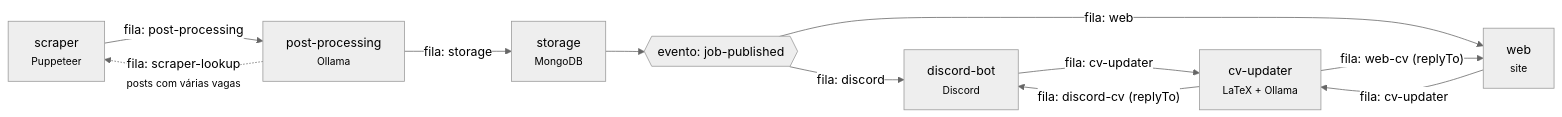
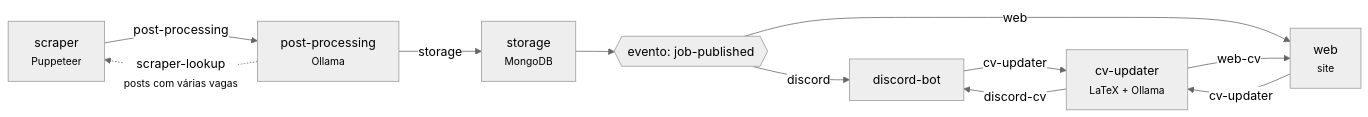
One commit to P0sseid0n/jobs-scraper changed the diagram in README.md. Above: the diagram before and after it, drawn with Mermaid (neutral theme). The commit also changed other lines of this file and 1 other file, not shown here.

First line of the commit message:
Enxuga o README e adiciona um print do site

````diff
--- a/README.md
+++ b/README.md
@@ -9,13 +27,13 @@
 ```mermaid
 flowchart LR
-	scraper["scraper<br/><small>Puppeteer</small>"] -- "fila: post-processing" --> processing["post-processing<br/><small>Ollama</small>"]
-	processing -. "fila: scraper-lookup<br/><small>posts com várias vagas</small>" .-> scraper
-	processing -- "fila: storage" --> storage["storage<br/><small>MongoDB</small>"]
+	scraper["scraper<br/><small>Puppeteer</small>"] -- "post-processing" --> processing["post-processing<br/><small>Ollama</small>"]
+	processing -. "scraper-lookup<br/><small>posts com várias vagas</small>" .-> scraper
+	processing -- "storage" --> storage["storage<br/><small>MongoDB</small>"]
 	storage --> event{{"evento: job-published"}}
-	event -- "fila: discord" --> bot["discord-bot<br/><small>Discord</small>"]
-	bot -- "fila: cv-updater" --> cv["cv-updater<br/><small>LaTeX + Ollama</small>"]
-	cv -- "fila: discord-cv (replyTo)" --> bot
-	event -- "fila: web" --> web["web<br/><small>site</small>"]
-	web -- "fila: cv-updater" --> cv
-	cv -- "fila: web-cv (replyTo)" --> web
+	event -- "discord" --> bot["discord-bot"]
+	event -- "web" --> web["web<br/><small>site</small>"]
+	bot -- "cv-updater" --> cv["cv-updater<br/><small>LaTeX + Ollama</small>"]
+	web -- "cv-updater" --> cv
+	cv -- "discord-cv" --> bot
+	cv -- "web-cv" --> web
 ```
````
